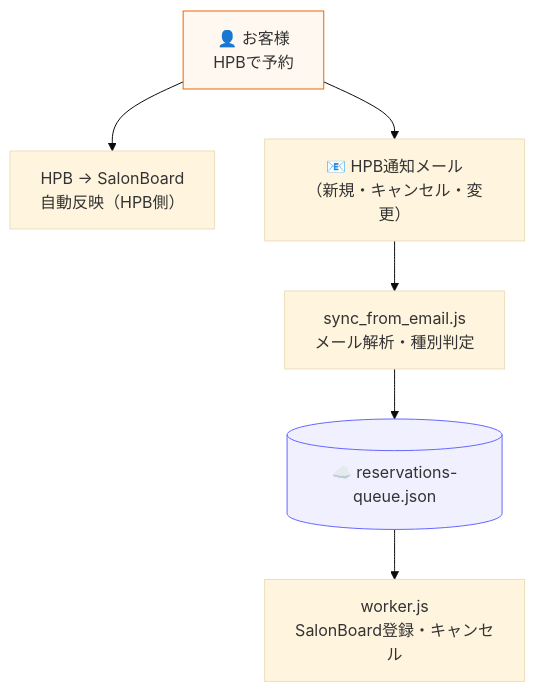
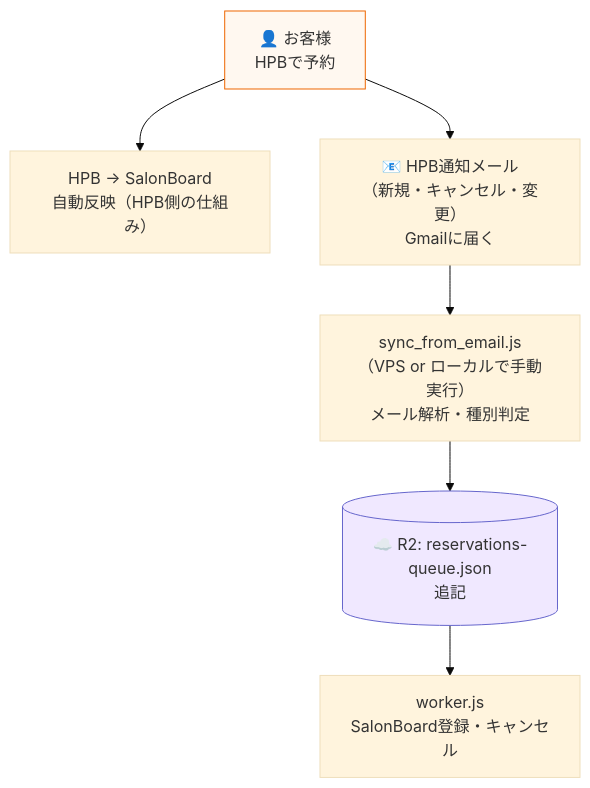
Before and after one commit to tatsuhirot/monthcolor-reservation: the fourth of 4 diagrams in システム全体図.md, drawn with Mermaid (base theme). The commit also changed other lines of this file and 1 other file, not shown here.

Commit message:
docs: VPS要件を確認事項に追記＋システム全体図を最新構成に更新

````diff
--- a/システム全体図.md
+++ b/システム全体図.md
@@ -76,11 +170,11 @@
 ```mermaid
 flowchart TD
-    H1["👤 お客様\nHPBで予約"] --> H2["HPB → SalonBoard\n自動反映（HPB側）"]
-    H1 --> H3["📧 HPB通知メール\n（新規・キャンセル・変更）"]
-    H3 --> H4["sync_from_email.js\nメール解析・種別判定"]
-    H4 --> BQ[("☁️ reservations-queue.json")]
+    H1["👤 お客様\nHPBで予約"] --> H2["HPB → SalonBoard\n自動反映（HPB側の仕組み）"]
+    H1 --> H3["📧 HPB通知メール\n（新規・キャンセル・変更）\nGmailに届く"]
+    H3 --> H4["sync_from_email.js\n（VPS or ローカルで手動実行）\nメール解析・種別判定"]
+    H4 --> BQ[("☁️ R2: reservations-queue.json\n追記")]
     BQ --> W1["worker.js\nSalonBoard登録・キャンセル"]
 
     style H1 fill:#fff8f0,stroke:#e60
-    style BQ fill:#f0f0ff,stroke:#66f
+    style BQ fill:#f0e8ff,stroke:#66c
 ```
````
